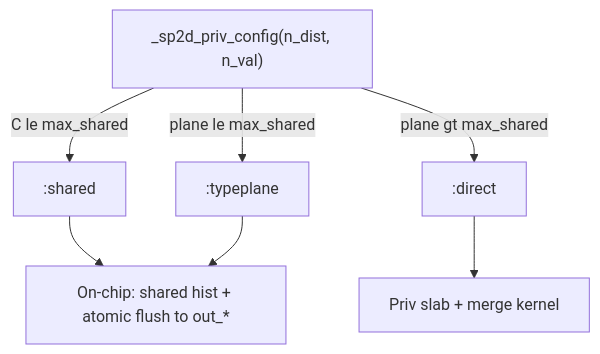
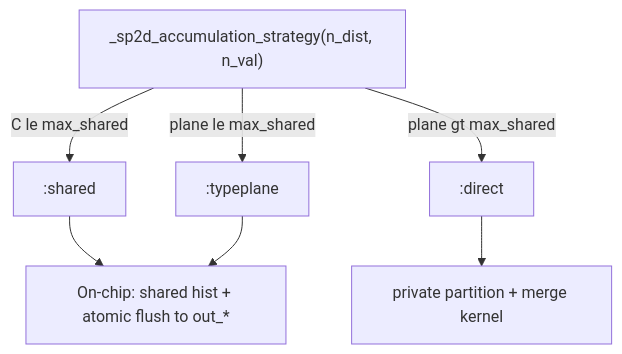
One commit to jbphyswx/StructureFunctions.jl changed the diagram in gpu/SP2D_HTP_EJ.md. Above: the diagram before and after it, drawn with Mermaid. The commit also changed other lines of this file and 38 other files, not shown here.

````diff
--- a/gpu/SP2D_HTP_EJ.md
+++ b/gpu/SP2D_HTP_EJ.md
@@ -42,10 +44,10 @@
 ```mermaid
 flowchart TD
-  cfg["_sp2d_priv_config(n_dist, n_val)"]
+  cfg["_sp2d_accumulation_strategy(n_dist, n_val)"]
   cfg -->|C le max_shared| shared[":shared"]
   cfg -->|plane le max_shared| typeplane[":typeplane"]
   cfg -->|plane gt max_shared| direct[":direct"]
   shared --> onchip["On-chip: shared hist + atomic flush to out_*"]
   typeplane --> onchip
-  direct --> priv["Priv slab + merge kernel"]
+  direct --> partitions["private partition + merge kernel"]
 ```
````
